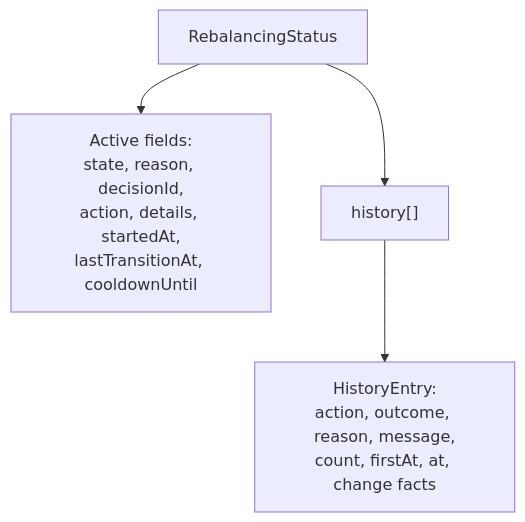
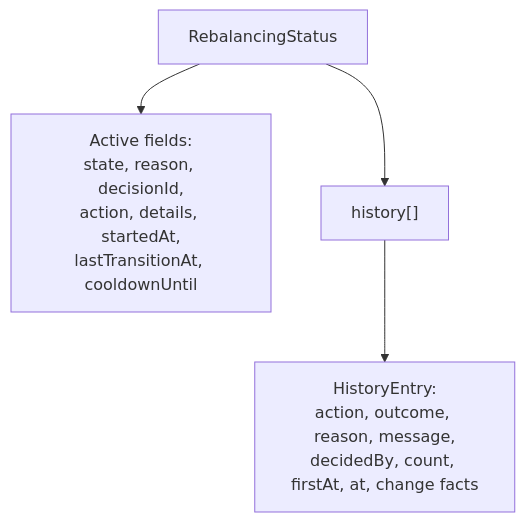
Diagram 21 of 35 in internal/rebalance/README.md (HIRO-MicroDataCenters-BV/hiro-adaptive-orchestrator), drawn with Mermaid before and after one commit. The commit also changed 25 other files, not shown here.

Commit message:
BREAKING CHANGE: Add the AI Decision Service skeleton with its image, Helm chart, manifest, Makefile and CI targets, deploy it from the full-stack script, record decidedBy in rebalance history, and stop merging history runs that started outside the window

````diff
--- a/internal/rebalance/README.md
+++ b/internal/rebalance/README.md
@@ -1161,6 +1161,6 @@
 ```mermaid
 flowchart TD
     RS["RebalancingStatus"] --> Active["Active fields:<br/>state, reason, decisionId,<br/>action, details, startedAt,<br/>lastTransitionAt, cooldownUntil"]
     RS --> RD["history[]"]
-    RD --> RDF["HistoryEntry:<br/>action, outcome, reason, message,<br/>count, firstAt, at, change facts"]
+    RD --> RDF["HistoryEntry:<br/>action, outcome, reason, message,<br/>decidedBy, count, firstAt, at, change facts"]
 ```
````
